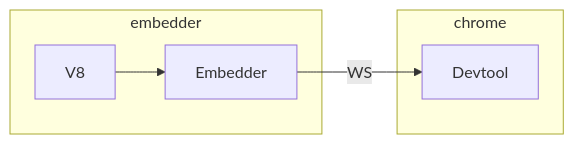
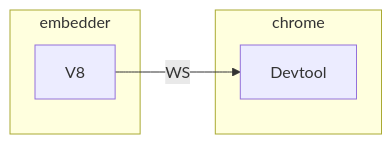
The diagram in 2019-10-23-v8-inspector.md (pbdm/posts), drawn with Mermaid before and after one commit. The commit also changed other lines of this file, not shown here.

````diff
--- a/2019-10-23-v8-inspector.md
+++ b/2019-10-23-v8-inspector.md
@@ -14,10 +26,10 @@
 ```mermaid
 graph LR
 subgraph embedder
-V8 --> Embedder
+V8
 end
-Embedder --WS--> Devtool
+V8 --WS--> Devtool
 subgraph chrome
 Devtool
 end
 ```
````
